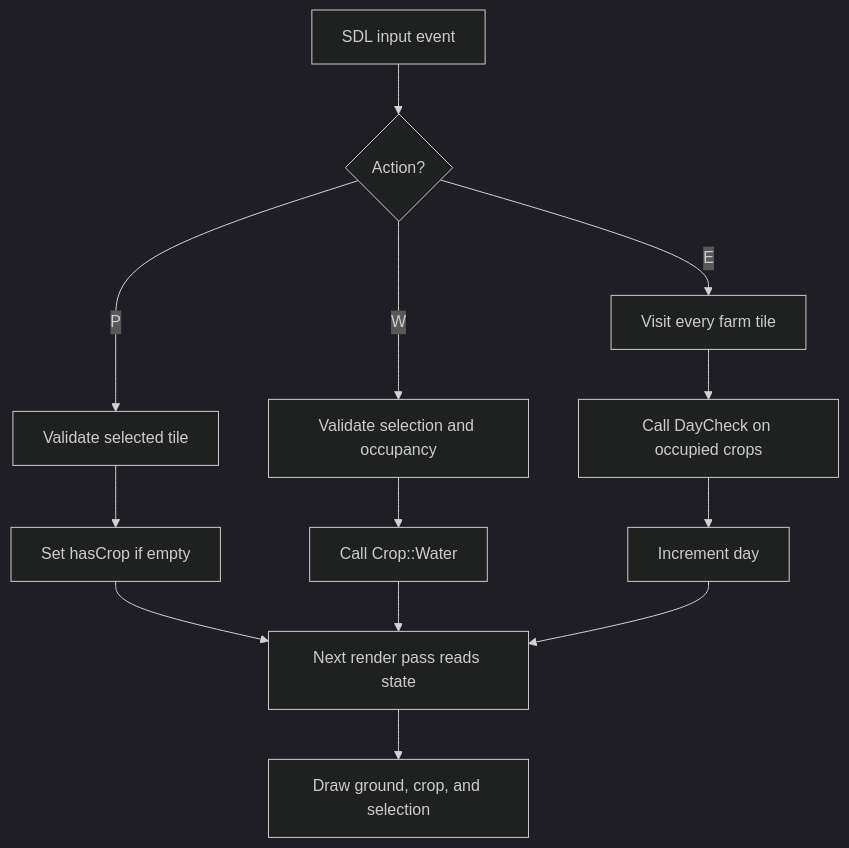
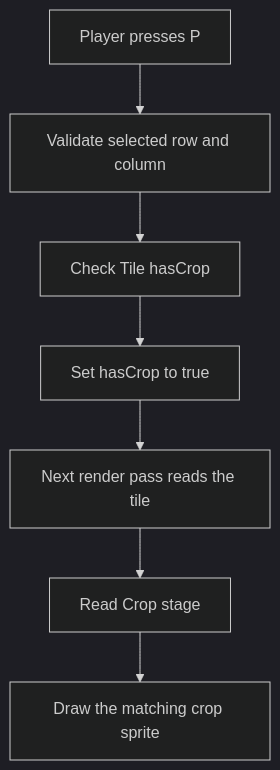
One commit to BipinKhatiwada-01/small-farming-rpg changed the diagram in notes/day-05-sdl3-plant-water-and-day-cycle.md. Above: the diagram before and after it, drawn with Mermaid (dark theme). The commit also changed other lines of this file and 2 other files, not shown here.

First line of the commit message:
Day 5 completed.

````diff
--- a/notes/day-05-sdl3-plant-water-and-day-cycle.md
+++ b/notes/day-05-sdl3-plant-water-and-day-cycle.md
@@ -239,15 +90,9 @@
 ```mermaid
 flowchart TD
-    A[SDL input event] --> B{Action?}
-    B -->|P| C[Validate selected tile]
-    C --> D[Set hasCrop if empty]
-    B -->|W| E[Validate selection and occupancy]
-    E --> F[Call Crop::Water]
-    B -->|E| G[Visit every farm tile]
-    G --> H[Call DayCheck on occupied crops]
-    H --> I[Increment day]
-    D --> J[Next render pass reads state]
-    F --> J
-    I --> J
-    J --> K[Draw ground, crop, and selection]
+    A[Player presses P] --> B[Validate selected row and column]
+    B --> C[Check Tile hasCrop]
+    C --> D[Set hasCrop to true]
+    D --> E[Next render pass reads the tile]
+    E --> F[Read Crop stage]
+    F --> G[Draw the matching crop sprite]
 ```
````
